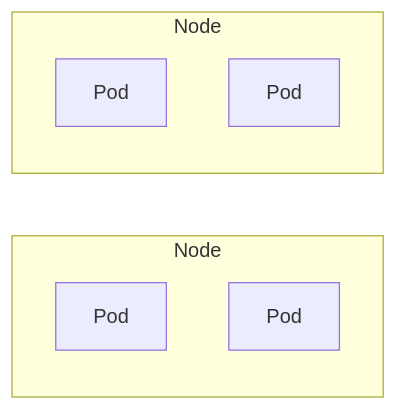
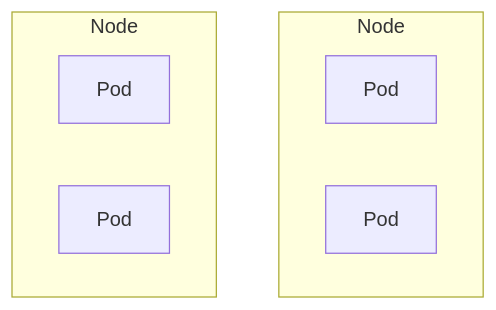
One commit to gazebo-web/cloudsim changed the first of 3 diagrams in pkg/orchestrator/README.md. Above: the diagram before and after it, drawn with Mermaid. The commit also changed other lines of this file, not shown here.

Commit message:
Change how mermaid graphics are generated.

````diff
--- a/pkg/orchestrator/README.md
+++ b/pkg/orchestrator/README.md
@@ -22,11 +22,11 @@
 ```mermaid
-graph LR;
+graph TD;
   subgraph node1[Node]
     pod1[Pod];
     pod2[Pod];
   end
   subgraph node2[Node]
     pod3[Pod];
     pod4[Pod];
   end
 ```
````
